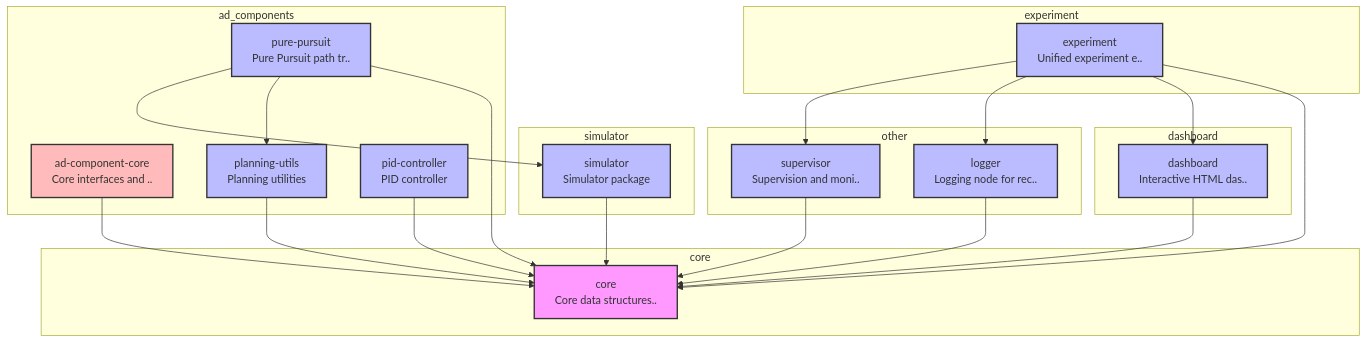
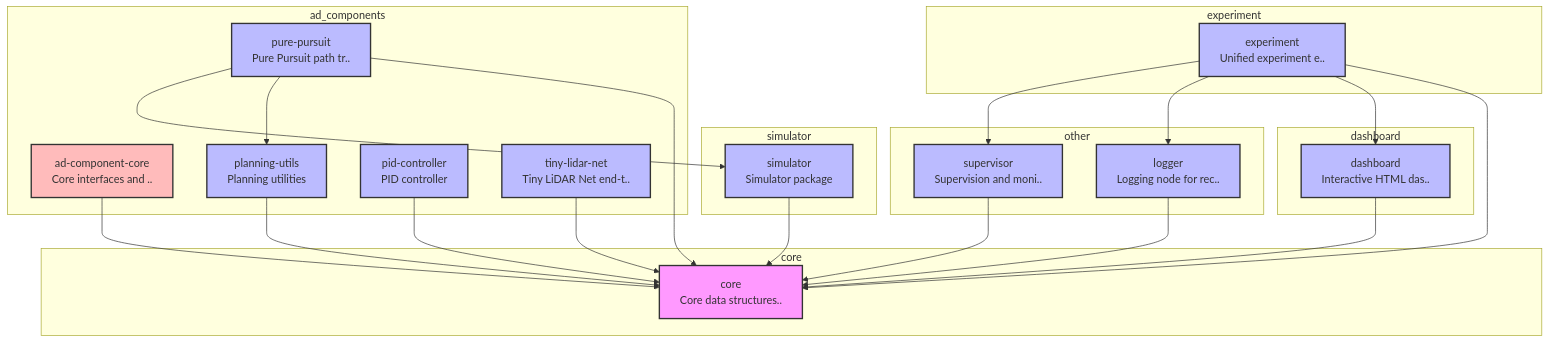
Before and after one commit to masahiro-kubota/e2e_aichallenge_playground: the diagram in README.md, drawn with Mermaid. The commit also changed other lines of this file and 57 other files, not shown here.

````diff
--- a/README.md
+++ b/README.md
@@ -107,56 +99,59 @@
 ```mermaid
 graph TD
     %% Styling
     classDef core fill:#f9f,stroke:#333,stroke-width:2px;
     classDef base fill:#fbb,stroke:#333,stroke-width:2px;
     classDef impl fill:#bbf,stroke:#333,stroke-width:2px;
     classDef app fill:#bfb,stroke:#333,stroke-width:2px;
     classDef default fill:#fff,stroke:#333,stroke-width:1px;
     subgraph group_other [other]
         logger["logger<br/>Logging node for rec.."]
         class logger impl;
         supervisor["supervisor<br/>Supervision and moni.."]
         class supervisor impl;
     end
     subgraph group_core [core]
         core["core<br/>Core data structures.."]
         class core core;
     end
     subgraph group_simulator [simulator]
         simulator["simulator<br/>Simulator package"]
         class simulator impl;
     end
     subgraph group_experiment [experiment]
         experiment["experiment<br/>Unified experiment e.."]
         class experiment impl;
     end
     subgraph group_dashboard [dashboard]
         dashboard["dashboard<br/>Interactive HTML das.."]
         class dashboard impl;
     end
     subgraph group_ad_components [ad_components]
         ad_component_core["ad-component-core<br/>Core interfaces and .."]
         class ad_component_core base;
         pure_pursuit["pure-pursuit<br/>Pure Pursuit path tr.."]
         class pure_pursuit impl;
         planning_utils["planning-utils<br/>Planning utilities"]
         class planning_utils impl;
         pid_controller["pid-controller<br/>PID controller"]
         class pid_controller impl;
+        tiny_lidar_net["tiny-lidar-net<br/>Tiny LiDAR Net end-t.."]
+        class tiny_lidar_net impl;
     end
     %% Dependencies
     logger --> core
     simulator --> core
     experiment --> core
     experiment --> dashboard
     experiment --> logger
     experiment --> supervisor
     dashboard --> core
     supervisor --> core
     ad_component_core --> core
     pure_pursuit --> core
     pure_pursuit --> planning_utils
     pure_pursuit --> simulator
     planning_utils --> core
     pid_controller --> core
+    tiny_lidar_net --> core
 ```
````
